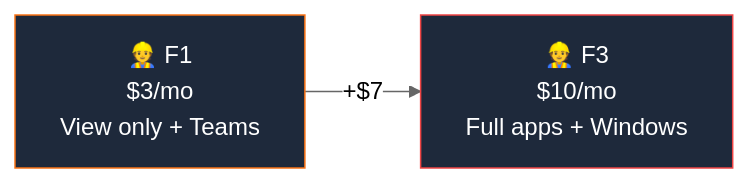
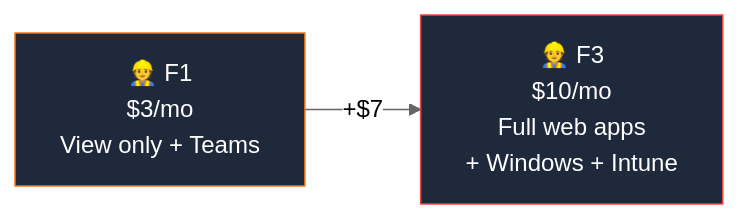
Before and after one commit to susanthgit/aguidetocloud-revamp: the first of 2 diagrams in content/licensing/microsoft-365-frontline.md, drawn with Mermaid (neutral theme). The commit also changed other lines of this file and 9 other files, not shown here.

````diff
--- a/content/licensing/microsoft-365-frontline.md
+++ b/content/licensing/microsoft-365-frontline.md
@@ -37,8 +53,8 @@
 ```mermaid
 flowchart LR
     F1["👷 F1\n$3/mo\nView only + Teams"]
-    F3["👷 F3\n$10/mo\nFull apps + Windows"]
+    F3["👷 F3\n$10/mo\nFull web apps\n+ Windows + Intune"]
     F1 -->|"+$7"| F3
     style F1 fill:#1e293b,stroke:#f97316,color:#ffffff
     style F3 fill:#1e293b,stroke:#ef4444,color:#ffffff
 ```
````
